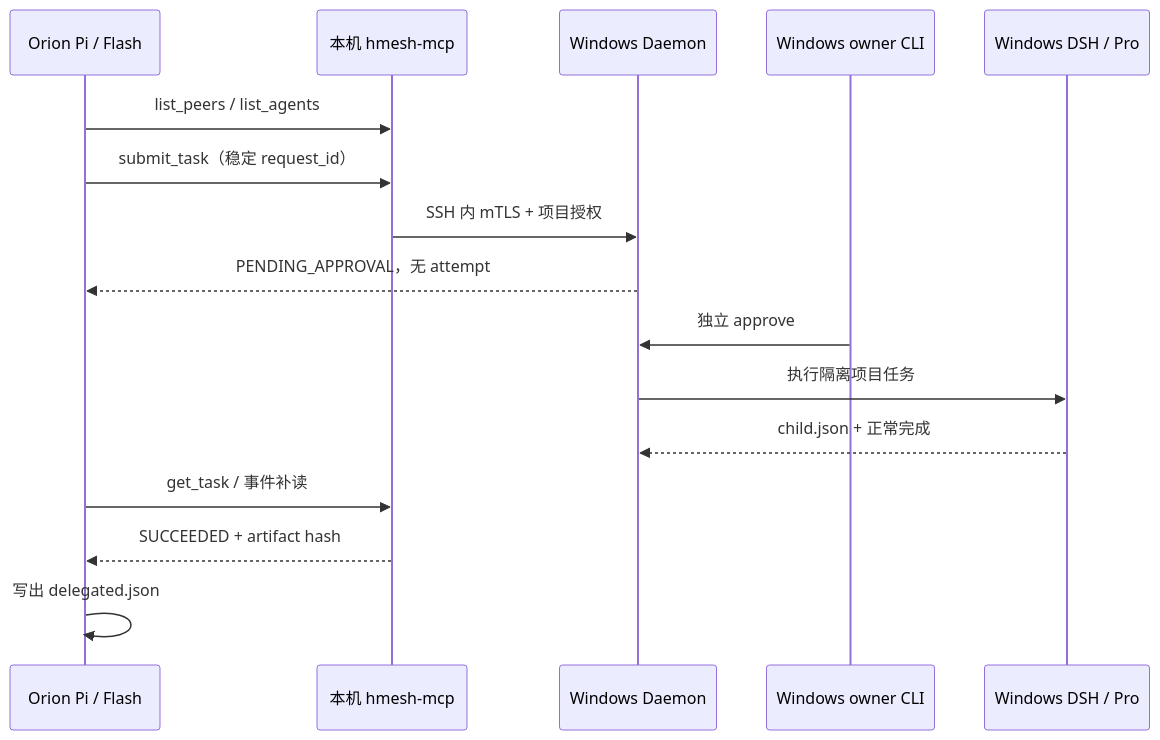
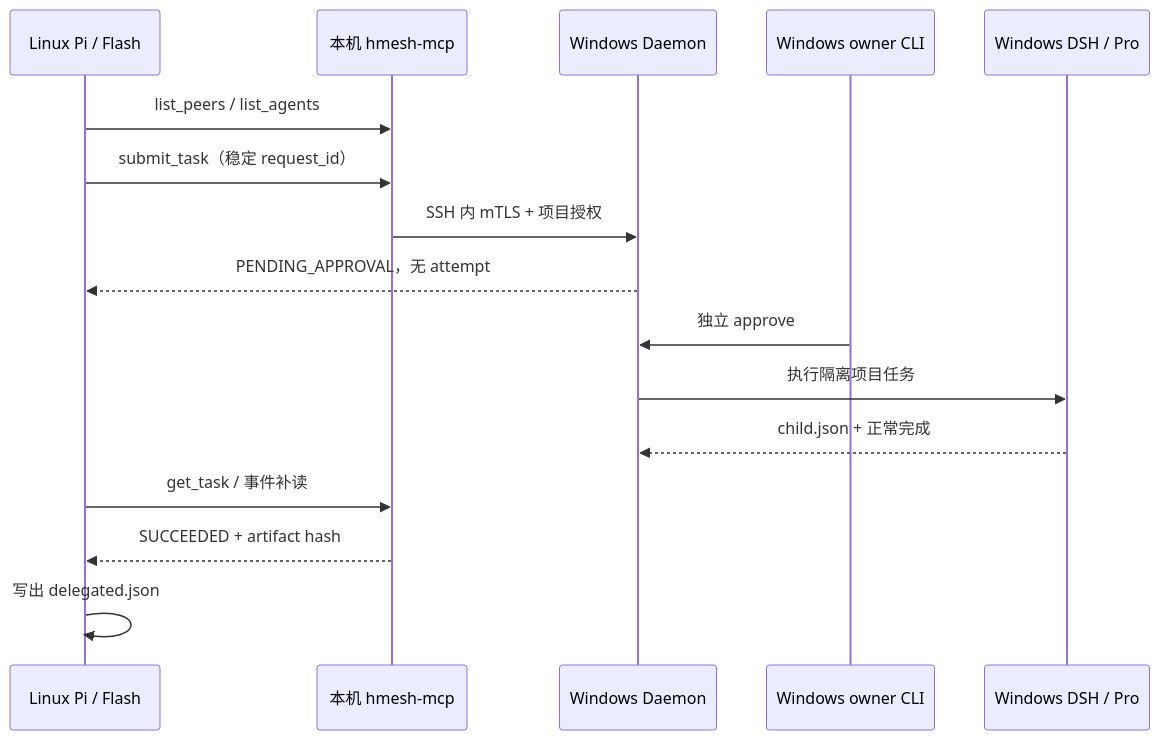
Before and after one commit to jackie-cqz/HarnessMesh: the diagram in docs/ssh-bidirectional-mcp.md, drawn with Mermaid. The commit also changed other lines of this file and 48 other files, not shown here.

````diff
--- a/docs/ssh-bidirectional-mcp.md
+++ b/docs/ssh-bidirectional-mcp.md
@@ -22,18 +22,18 @@
 ```mermaid
 sequenceDiagram
-    participant Pi as Orion Pi / Flash
+    participant Pi as Linux Pi / Flash
     participant MCP as 本机 hmesh-mcp
     participant D as Windows Daemon
     participant Owner as Windows owner CLI
     participant DSH as Windows DSH / Pro
     Pi->>MCP: list_peers / list_agents
     Pi->>MCP: submit_task（稳定 request_id）
     MCP->>D: SSH 内 mTLS + 项目授权
     D-->>Pi: PENDING_APPROVAL，无 attempt
     Owner->>D: 独立 approve
     D->>DSH: 执行隔离项目任务
     DSH-->>D: child.json + 正常完成
     Pi->>MCP: get_task / 事件补读
     MCP-->>Pi: SUCCEEDED + artifact hash
     Pi->>Pi: 写出 delegated.json
 ```
````
